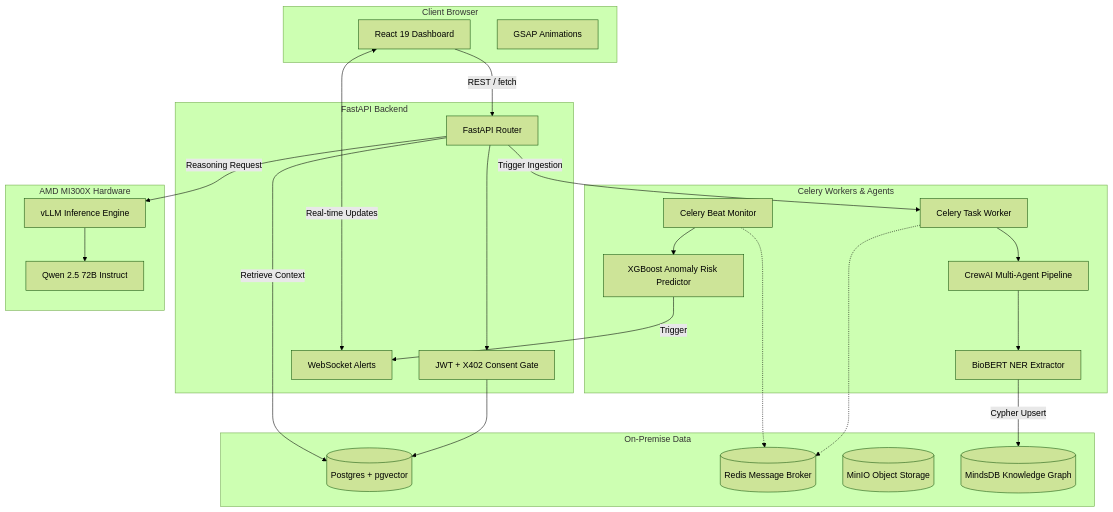
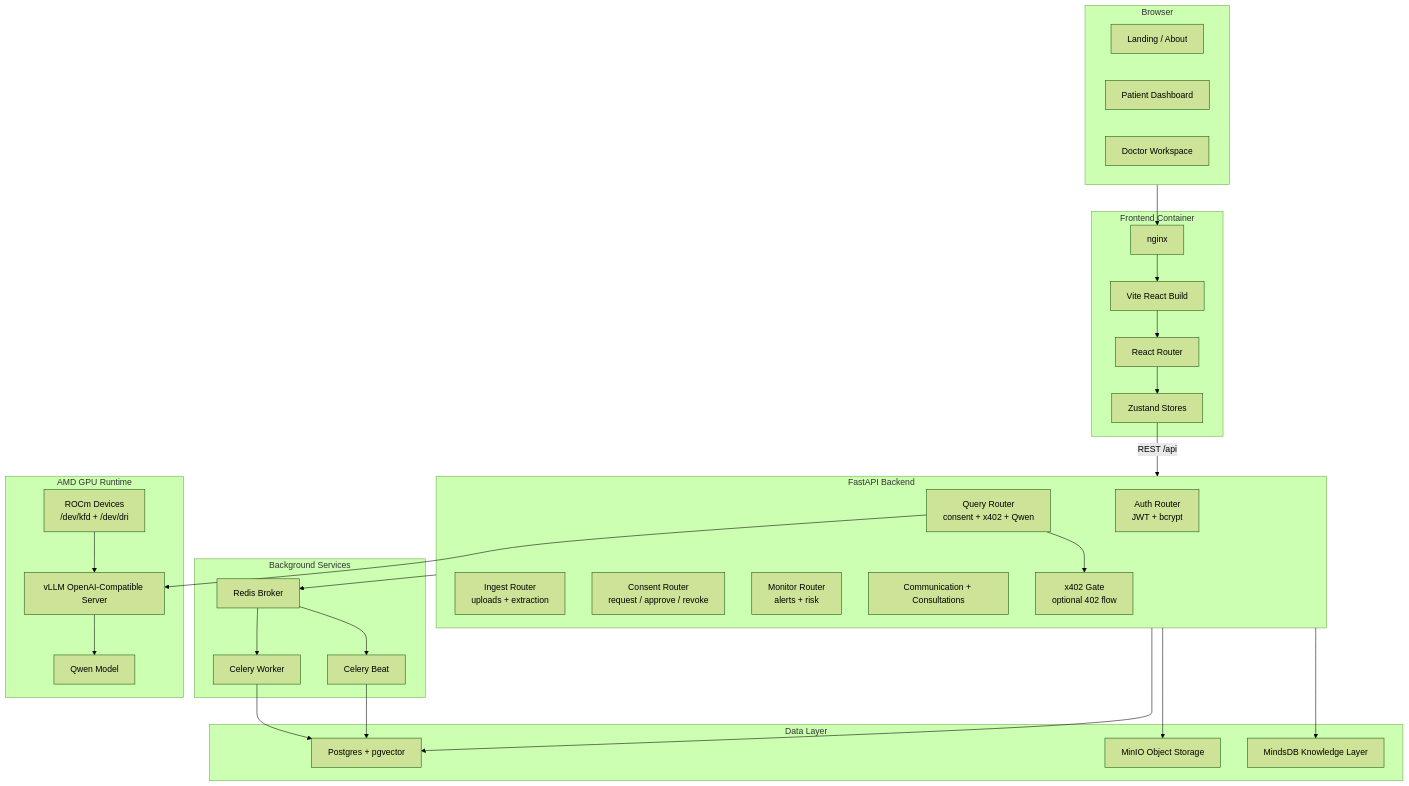
Before and after one commit to Shikhyy/VitaSync: the first of 7 diagrams in README.md, drawn with Mermaid (forest theme). The commit also changed other lines of this file, not shown here.

````diff
--- a/README.md
+++ b/README.md
@@ -29,59 +113,63 @@
 ```mermaid
-graph TD
-    %% Frontend
-    subgraph Frontend [Client Browser]
-        React[React 19 Dashboard]
-        GSAP[GSAP Animations]
+flowchart TB
+    subgraph Browser["Browser"]
+        Landing["Landing / About"]
+        PatientUI["Patient Dashboard"]
+        DoctorUI["Doctor Workspace"]
     end
 
-    %% API Layer
-    subgraph APILayer [FastAPI Backend]
-        API[FastAPI Router]
-        Auth[JWT + X402 Consent Gate]
-        WS[WebSocket Alerts]
+    subgraph Frontend["Frontend Container"]
+        Nginx["nginx"]
+        ViteBuild["Vite React Build"]
+        Router["React Router"]
+        Stores["Zustand Stores"]
     end
 
-    %% Asynchronous Processing
-    subgraph AsyncPipeline [Celery Workers & Agents]
-        Worker[Celery Task Worker]
-        Beat[Celery Beat Monitor]
-        Crew[CrewAI Multi-Agent Pipeline]
-        BioBERT[BioBERT NER Extractor]
-        ML[XGBoost Anomaly Risk Predictor]
+    subgraph API["FastAPI Backend"]
+        Auth["Auth Router\nJWT + bcrypt"]
+        Ingest["Ingest Router\nuploads + extraction"]
+        Consent["Consent Router\nrequest / approve / revoke"]
+        Query["Query Router\nconsent + x402 + Qwen"]
+        Monitor["Monitor Router\nalerts + risk"]
+        Comm["Communication + Consultations"]
+        X402["x402 Gate\noptional 402 flow"]
     end
 
-    %% Databases
-    subgraph Storage [On-Premise Data]
-        PG[(Postgres + pgvector)]
-        Redis[(Redis Message Broker)]
-        MinIO[(MinIO Object Storage)]
-        MindsDB[(MindsDB Knowledge Graph)]
+    subgraph Workers["Background Services"]
+        Redis["Redis Broker"]
+        CeleryWorker["Celery Worker"]
+        CeleryBeat["Celery Beat"]
     end
 
-    %% Hardware / LLM
-    subgraph AMD [AMD MI300X Hardware]
-        vLLM[vLLM Inference Engine]
-        Qwen[Qwen 2.5 72B Instruct]
+    subgraph Data["Data Layer"]
+        Postgres["Postgres + pgvector"]
+        MinIO["MinIO Object Storage"]
+        MindsDB["MindsDB Knowledge Layer"]
     end
 
-    %% Relationships
-    React --> |REST / fetch| API
-    React <--> |Real-time Updates| WS
-    API --> Auth
-    Auth --> PG
-    
-    API --> |Trigger Ingestion| Worker
-    Worker --> Crew
-    Beat --> ML
-    ML --> |Trigger| WS
-    
-    Crew --> BioBERT
-    BioBERT --> |Cypher Upsert| MindsDB
-    
-    API --> |Retrieve Context| PG
-    API --> |Reasoning Request| vLLM
-    vLLM --> Qwen
-    
-    Worker -.-> Redis
-    Beat -.-> Redis
+    subgraph GPU["AMD GPU Runtime"]
+        ROCm["ROCm Devices\n/dev/kfd + /dev/dri"]
+        VLLM["vLLM OpenAI-Compatible Server"]
+        Qwen["Qwen Model"]
+    end
+
+    Browser --> Nginx
+    Nginx --> ViteBuild
+    ViteBuild --> Router
+    Router --> Stores
+    Stores -->|REST /api| API
+
+    API --> Postgres
+    API --> MinIO
+    API --> MindsDB
+    API --> Redis
+    Redis --> CeleryWorker
+    Redis --> CeleryBeat
+    CeleryWorker --> Postgres
+    CeleryBeat --> Postgres
+
+    Query --> X402
+    Query --> VLLM
+    ROCm --> VLLM
+    VLLM --> Qwen
 ```
````
